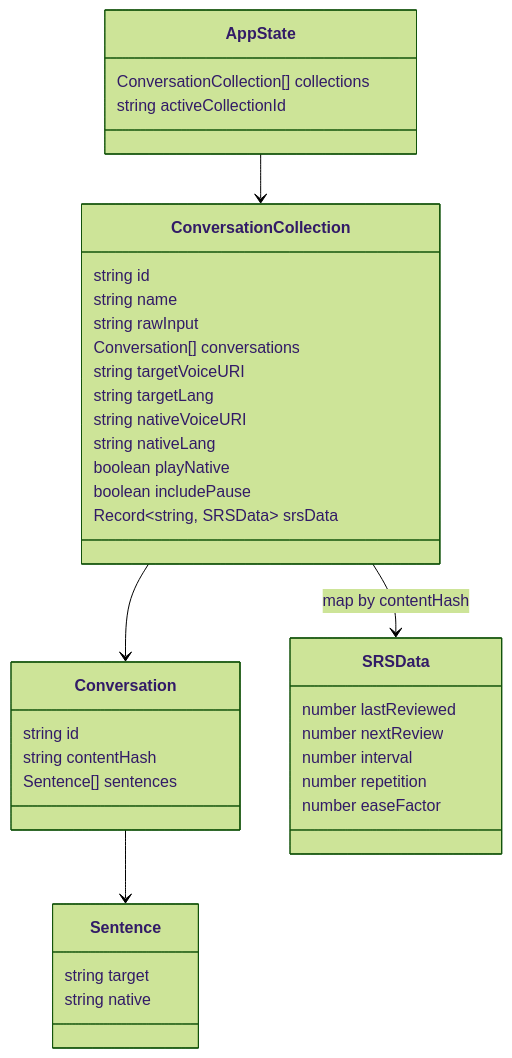
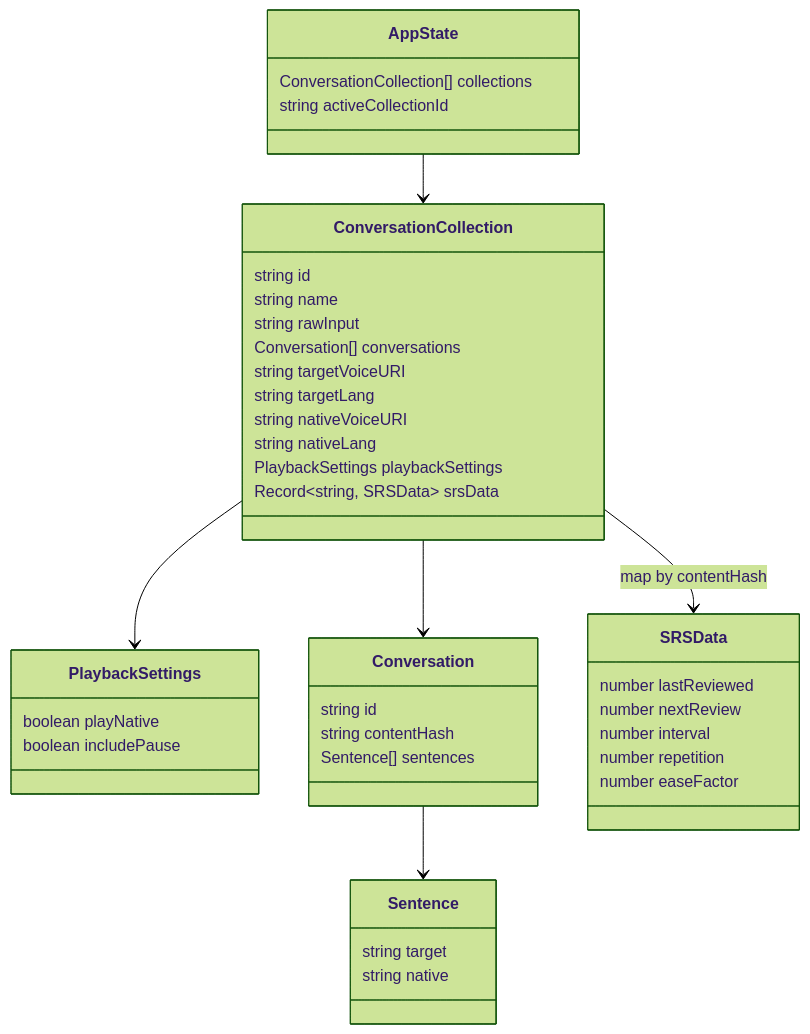
One commit to neilhan/static changed the diagram in LearnForeignLanguage/README.md. Above: the diagram before and after it, drawn with Mermaid (forest theme). The commit also changed 16 other files, not shown here.

````diff
--- a/LearnForeignLanguage/README.md
+++ b/LearnForeignLanguage/README.md
@@ -16,40 +16,44 @@
 ```mermaid
 classDiagram
     class AppState {
         ConversationCollection[] collections
         string activeCollectionId
     }
     class ConversationCollection {
         string id
         string name
         string rawInput
         Conversation[] conversations
         string targetVoiceURI
         string targetLang
         string nativeVoiceURI
         string nativeLang
+        PlaybackSettings playbackSettings
+        Record~string, SRSData~ srsData
+    }
+    class PlaybackSettings {
         boolean playNative
         boolean includePause
-        Record~string, SRSData~ srsData
     }
     class Conversation {
         string id
         string contentHash
         Sentence[] sentences
     }
     class Sentence {
         string target
         string native
     }
     class SRSData {
         number lastReviewed
         number nextReview
         number interval
         number repetition
         number easeFactor
     }
     AppState --> ConversationCollection
+    ConversationCollection --> PlaybackSettings
     ConversationCollection --> Conversation
     ConversationCollection --> SRSData : map by contentHash
     Conversation --> Sentence
 ```
````
